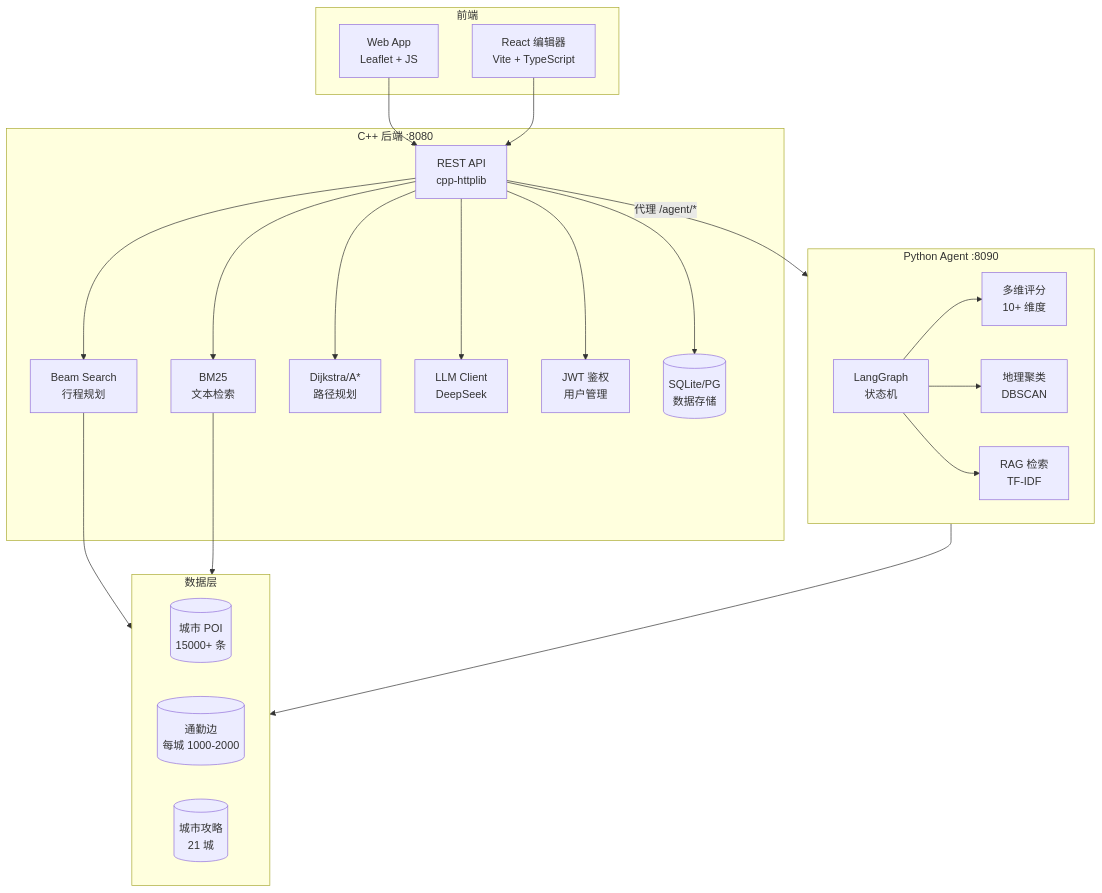
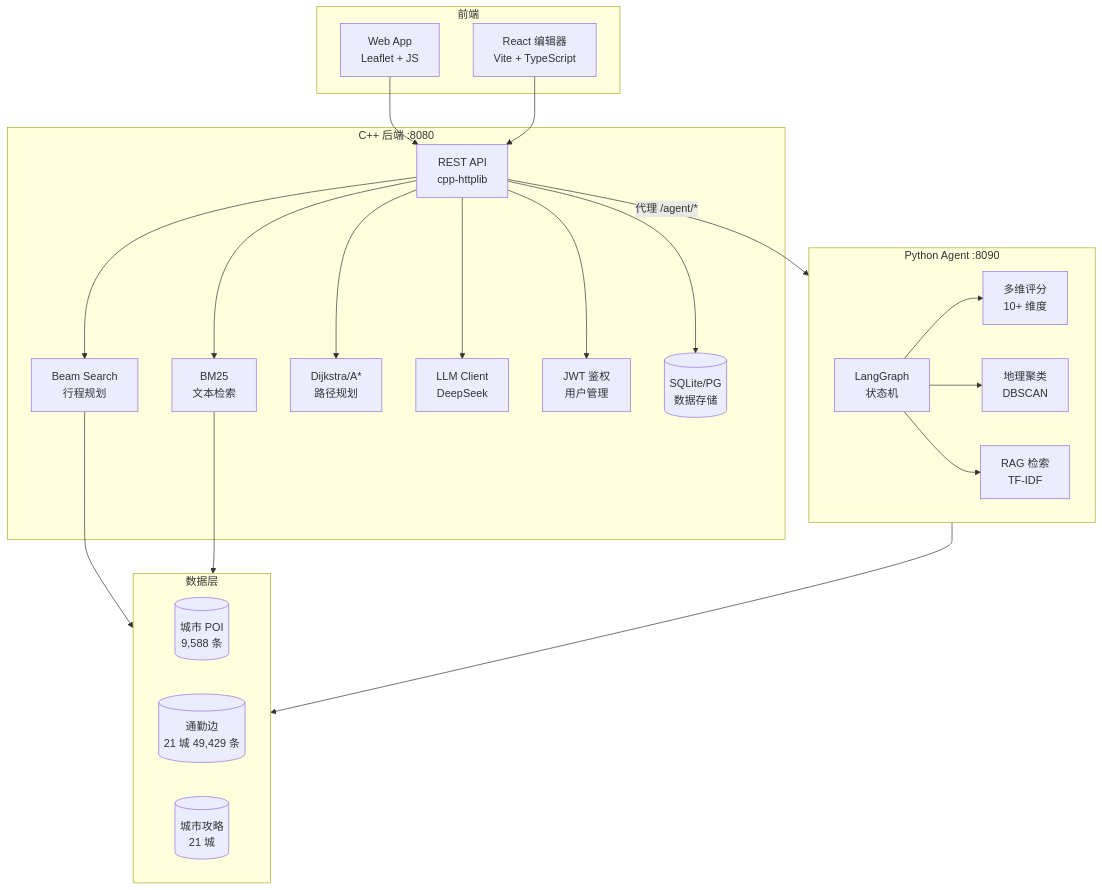
One commit to 4evour/Tour-Pass changed the diagram in README.md. Above: the diagram before and after it, drawn with Mermaid. The commit also changed other lines of this file and 2 other files, not shown here.

````diff
--- a/README.md
+++ b/README.md
@@ -341,47 +359,47 @@
 ```mermaid
 graph TB
     subgraph Frontend["前端"]
         WebApp["Web App<br/>Leaflet + JS"]
         Editor["React 编辑器<br/>Vite + TypeScript"]
     end
 
     subgraph Backend["C++ 后端 :8080"]
         API["REST API<br/>cpp-httplib"]
         Planner["Beam Search<br/>行程规划"]
         Search["BM25<br/>文本检索"]
         Graph["Dijkstra/A*<br/>路径规划"]
         LLM["LLM Client<br/>DeepSeek"]
         Auth["JWT 鉴权<br/>用户管理"]
         DB[("SQLite/PG<br/>数据存储")]
     end
 
     subgraph Agent["Python Agent :8090"]
         LangGraph["LangGraph<br/>状态机"]
         Scorer["多维评分<br/>10+ 维度"]
         Cluster["地理聚类<br/>DBSCAN"]
         RAG["RAG 检索<br/>TF-IDF"]
     end
 
     WebApp --> API
     Editor --> API
     API --> Planner
     API --> Search
     API --> Graph
     API --> LLM
     API --> Auth
     API --> DB
     API -->|"代理 /agent/*"| Agent
     LangGraph --> Scorer
     LangGraph --> Cluster
     LangGraph --> RAG
 
     subgraph Data["数据层"]
-        POI[("城市 POI<br/>15000+ 条")]
-        Edges[("通勤边<br/>每城 1000-2000")]
+        POI[("城市 POI<br/>9,588 条")]
+        Edges[("通勤边<br/>21 城 49,429 条")]
         Guide[("城市攻略<br/>21 城")]
     end
 
     Planner --> Data
     Search --> Data
     Agent --> Data
 ```
````
